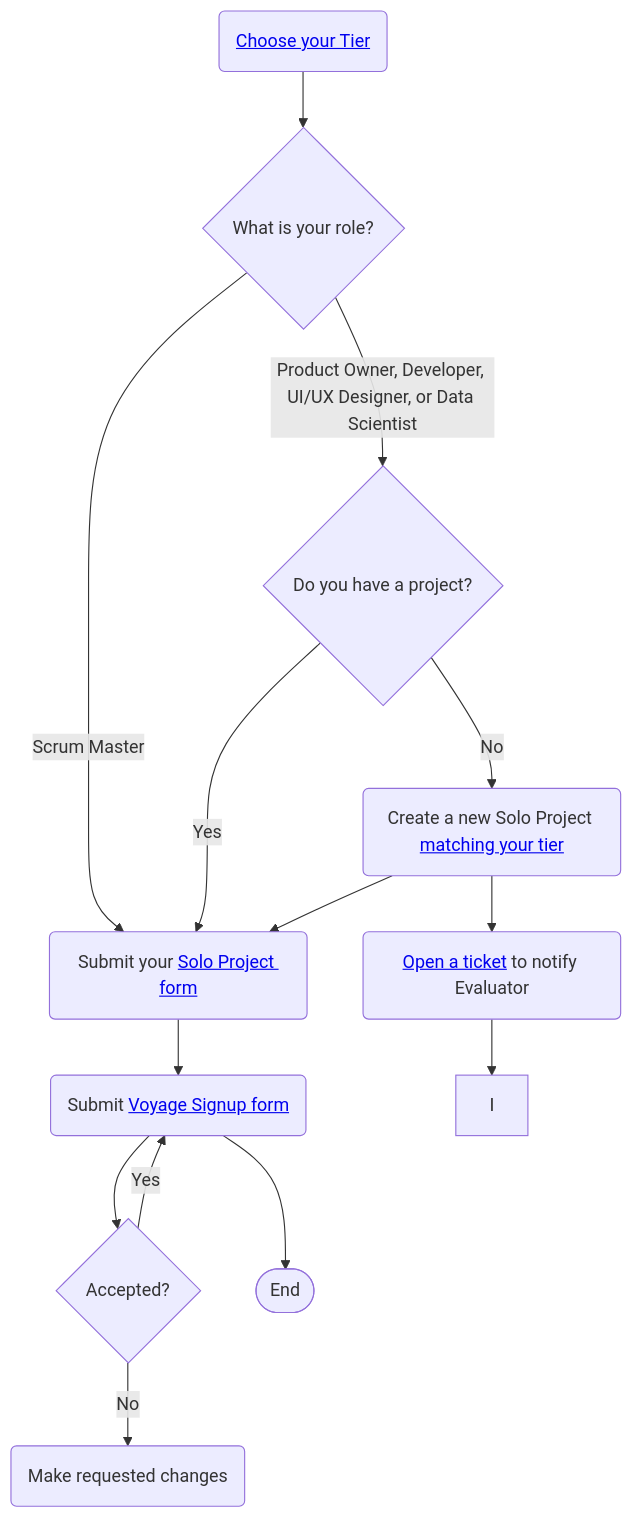
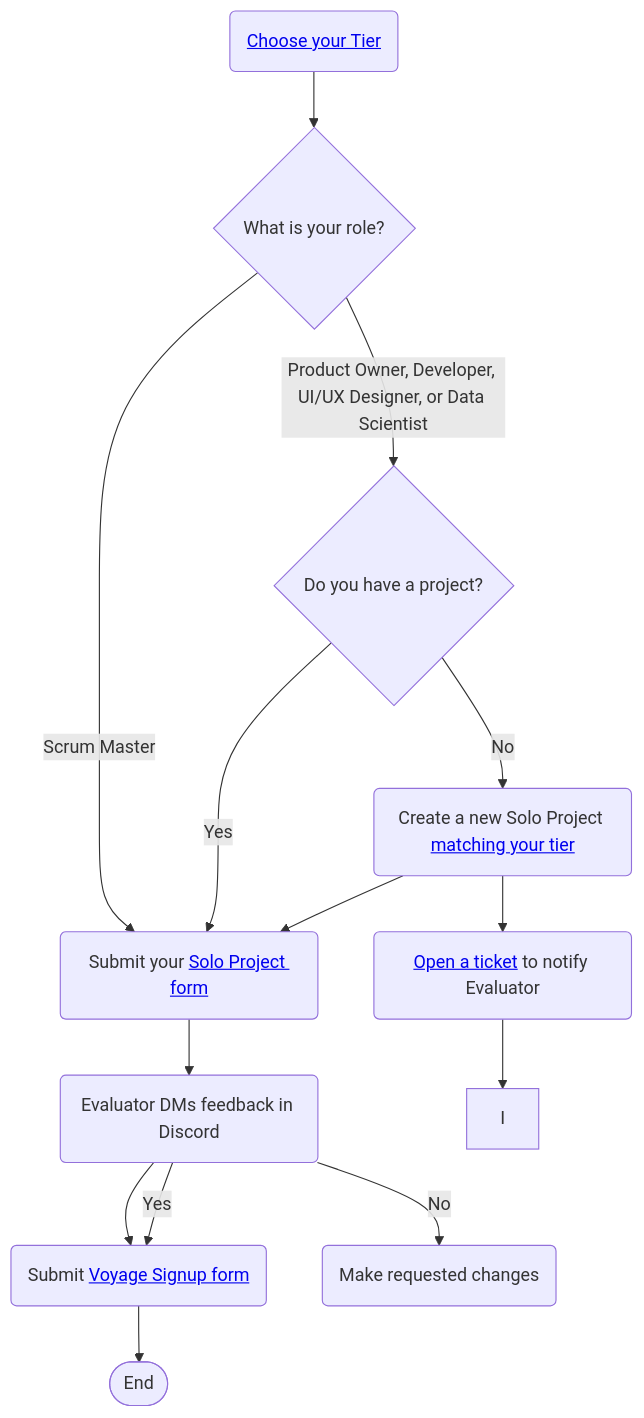
The diagram in docs/guides/soloproject/soloproject.md (chingu-voyages/Handbook), drawn with Mermaid before and after one commit.

Commit message:
Feature: Refine Solo Project flowchart

````diff
--- a/docs/guides/soloproject/soloproject.md
+++ b/docs/guides/soloproject/soloproject.md
@@ -17,18 +17,18 @@
 ```mermaid
 graph TB
     A(<a href='https://github.com/chingu-voyages/Handbook/blob/main/docs/guides/soloproject/soloproject.md#1-choose-your-tier-1%EF%B8%8F%E2%83%A3-2%EF%B8%8F%E2%83%A3-3%EF%B8%8F%E2%83%A3'>Choose your Tier</a>) --> B{What is your role?}
     B -- Scrum Master --> G
     B -- Product Owner, Developer, UI/UX Designer, or Data Scientist --> F{Do you have a project?}
     F -- Yes --> G(Submit your <a href='https://forms.gle/D3Nu1VvfH3FDFBRr6'>Solo Project form</a>)
     F -- No --> H(Create a new Solo Project <a href='https://github.com/chingu-voyages/Handbook/blob/main/docs/guides/soloproject/soloproject.md#2-submit-a-project-that-matches-your-tier-'>matching your tier</a>)
     H --> G
-    G --> K(Evaluator DMs feedback in Discord)
+    G --> J(Evaluator DMs feedback in Discord)
 
-    K --> J{Accepted?};
+    J --> K{Accepted?};
     J -- Yes --> K(Submit <a href='https://forms.gle/dFaNuYWAjARd99qo8' target='_blank'>Voyage Signup form</a>);
     J -- No --> L(Make requested changes);
     H --> M(<a href='https://discord.com/channels/330284646283608064/1193342042080817323' target='_blank'>Open a ticket</a> to notify Evaluator);
     M --> I;
 
     K --> Z([End]);
 ```
````
